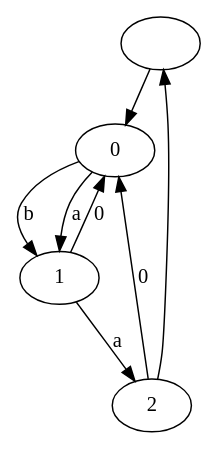
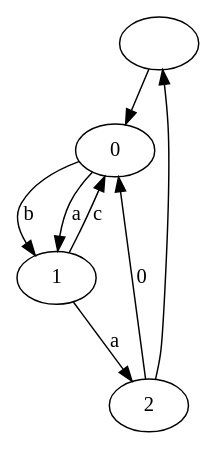
The diagram in test.dot (Demuirgos/Automata-Graph-Optimizer), drawn with Graphviz before and after one commit. The commit also changed 1 other file, not shown here.

```diff
--- a/test.dot
+++ b/test.dot
@@ -1,9 +1,9 @@
 digraph hoolahoop{
 " "->0;
 0->1 [label="b"];
 0->1 [label="a"];
-1->0 [label="0"];
+1->0 [label="c"];
 1->2 [label="a"];
 2->0 [label="0"];
 2->" ";
 }
```
